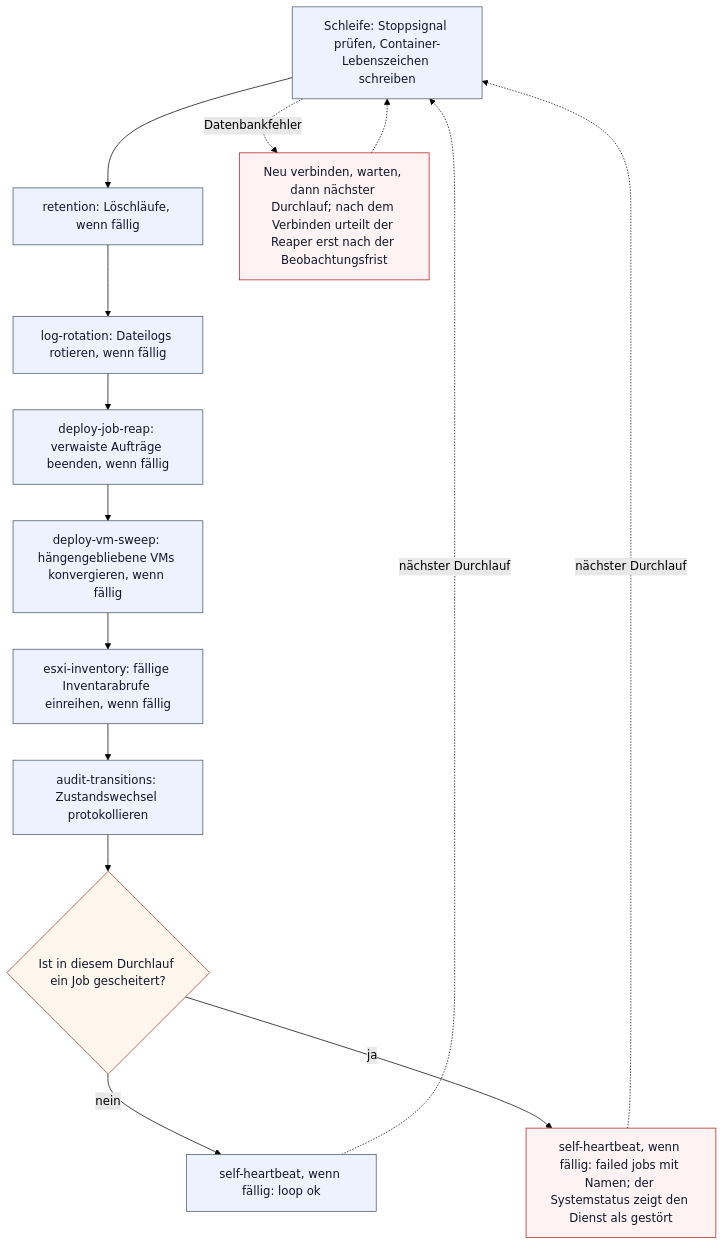
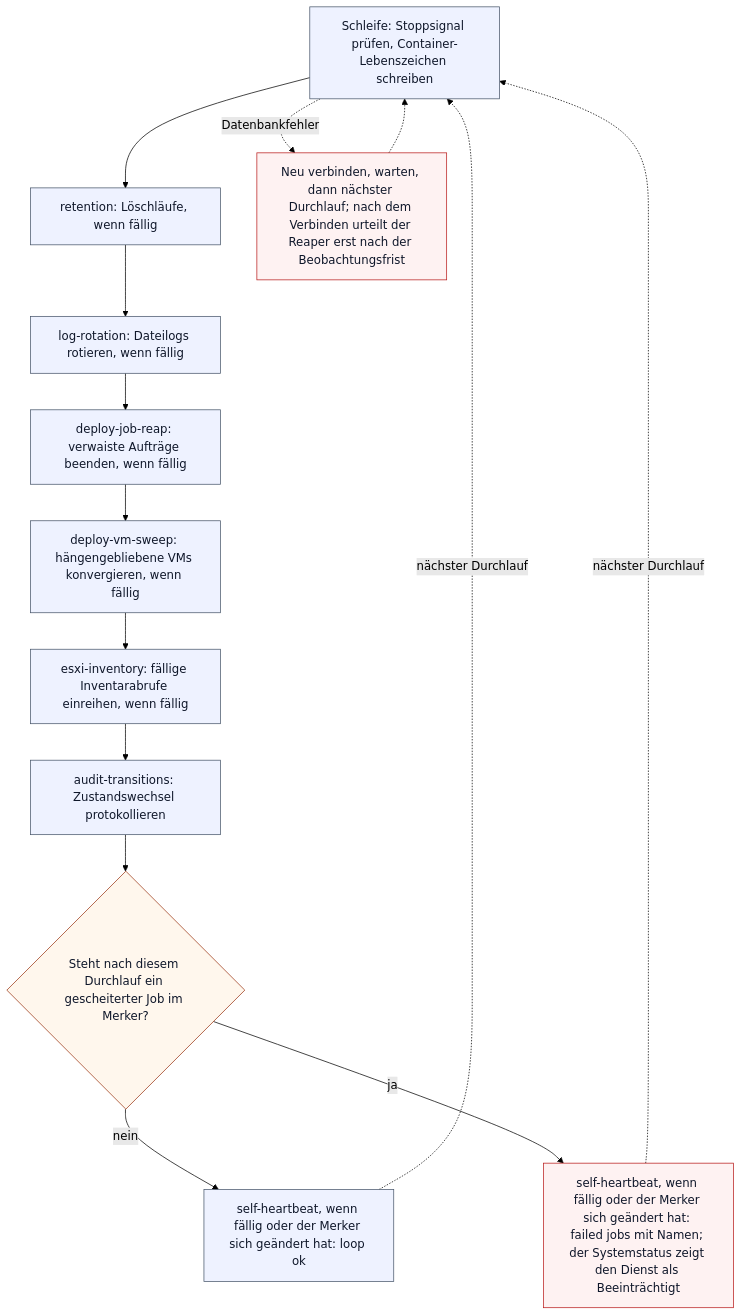
One commit to Samy94M/VirtuSphere-v2-WebApp changed the first of 2 diagrams in docs/operations/maintenance-flows.md. Above: the diagram before and after it, drawn with Mermaid (forest theme). The commit also changed other lines of this file and 24 other files, not shown here.

````diff
--- a/docs/operations/maintenance-flows.md
+++ b/docs/operations/maintenance-flows.md
@@ -25,22 +25,22 @@
 ```mermaid
 flowchart TD
     loop["Schleife: Stoppsignal prüfen, Container-Lebenszeichen schreiben"] --> retention["retention: Löschläufe, wenn fällig"]
     retention --> rotation["log-rotation: Dateilogs rotieren, wenn fällig"]
     rotation --> reap["deploy-job-reap: verwaiste Aufträge beenden, wenn fällig"]
     reap --> sweep["deploy-vm-sweep: hängengebliebene VMs konvergieren, wenn fällig"]
     sweep --> inventory["esxi-inventory: fällige Inventarabrufe einreihen, wenn fällig"]
     inventory --> transitions["audit-transitions: Zustandswechsel protokollieren"]
-    transitions --> verdict{"Ist in diesem Durchlauf ein Job gescheitert?"}
-    verdict -->|nein| ok["self-heartbeat, wenn fällig: loop ok"]
-    verdict -->|ja| failed["self-heartbeat, wenn fällig: failed jobs mit Namen; der Systemstatus zeigt den Dienst als gestört"]
+    transitions --> verdict{"Steht nach diesem Durchlauf ein gescheiterter Job im Merker?"}
+    verdict -->|nein| ok["self-heartbeat, wenn fällig oder der Merker sich geändert hat: loop ok"]
+    verdict -->|ja| failed["self-heartbeat, wenn fällig oder der Merker sich geändert hat: failed jobs mit Namen; der Systemstatus zeigt den Dienst als Beeinträchtigt"]
     ok -.->|nächster Durchlauf| loop
     failed -.->|nächster Durchlauf| loop
     loop -.->|Datenbankfehler| reconnect["Neu verbinden, warten, dann nächster Durchlauf; nach dem Verbinden urteilt der Reaper erst nach der Beobachtungsfrist"]
     reconnect -.-> loop
     classDef step fill:#eef2ff,stroke:#475569,color:#0f172a;
     classDef decision fill:#fff7ed,stroke:#9a3412,color:#0f172a;
     classDef blocked fill:#fef2f2,stroke:#b91c1c,color:#0f172a;
     class loop,retention,rotation,reap,sweep,inventory,transitions,ok step;
     class verdict decision;
     class failed,reconnect blocked;
 ```
````
